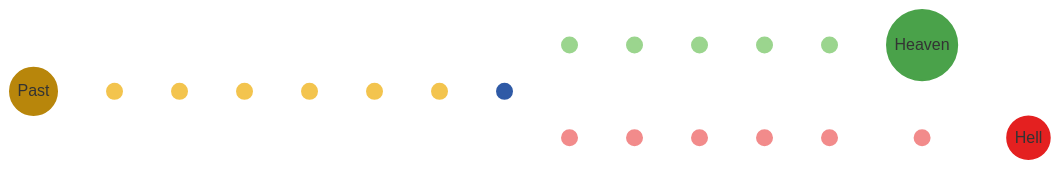
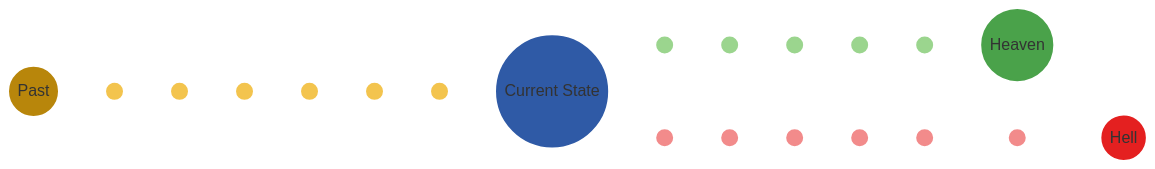
One commit to cogneon/lernos-for-you changed the diagram in de/src/2-0-Lernpfade.md. Above: the diagram before and after it, drawn with Mermaid.

Commit message:
Mermaidgraph for Past Forward visual To provide a visual for easier recognizion and understanding.

````diff
--- a/de/src/2-0-Lernpfade.md
+++ b/de/src/2-0-Lernpfade.md
@@ -34,52 +34,53 @@
 ```mermaid
 flowchart LR
   %% Layout direction
   %% PAST (left) -> CURRENT (center) -> split UP (green) and DOWN (red)
   
   %% PAST path to CURRENT
   P0((Past)):::pastBig
   P1(( )):::pastSmall
   P2(( )):::pastSmall
   P3(( )):::pastSmall
   P4(( )):::pastSmall
   P5(( )):::pastSmall
   P6(( )):::pastSmall
-  CS(( )):::currentBig
+  
+  CS((Current State)):::currentBig
   
   %% UP path to HEAVEN
   U1(( )):::upSmall
   U2(( )):::upSmall
   U3(( )):::upSmall
   U4(( )):::upSmall
   U5(( )):::upSmall
   HV((Heaven)):::upBig
   
   %% DOWN path to HELL
   D1(( )):::downSmall
   D2(( )):::downSmall
   D3(( )):::downSmall
   D4(( )):::downSmall
   D5(( )):::downSmall
   D6(( )):::downSmall
   HL((Hell)):::downBig
 
   %% --- Edges ---
   P0 ~~~ P1 ~~~ P2 ~~~ P3 ~~~ P4 ~~~ P5 ~~~ P6 ~~~ CS
   CS ~~~ U1 ~~~ U2 ~~~ U3 ~~~ U4 ~~~ U5 ~~~ HV
   CS ~~~ D1 ~~~ D2 ~~~ D3 ~~~ D4 ~~~ D5 ~~~ D6 ~~~ HL
 
   %% --- Styles ---
   classDef pastBig fill:#b8860b,stroke:#b8860b,stroke-width:2px;
   classDef pastSmall fill:#f3c44e,stroke:#f3c44e,stroke-width:2px;
 
   classDef currentBig fill:#2f5aa6,stroke:#2f5aa6,stroke-width:2px;
 
   classDef transSmall fill:#cfe7c7,stroke:#cfe7c7,stroke-width:2px;
   classDef transDotted fill:#cfe7c7,stroke:#6abf4b,stroke-width:2px,stroke-dasharray:5 5;
 
   classDef upSmall fill:#9bd58e,stroke:#9bd58e,stroke-width:2px;
   classDef upBig fill:#4aa24a,stroke:#4aa24a,stroke-width:2px;
 
   classDef downSmall fill:#f28b8b,stroke:#f28b8b,stroke-width:2px;
   classDef downBig fill:#e42020,stroke:#e42020,stroke-width:2px;
 ```
````
